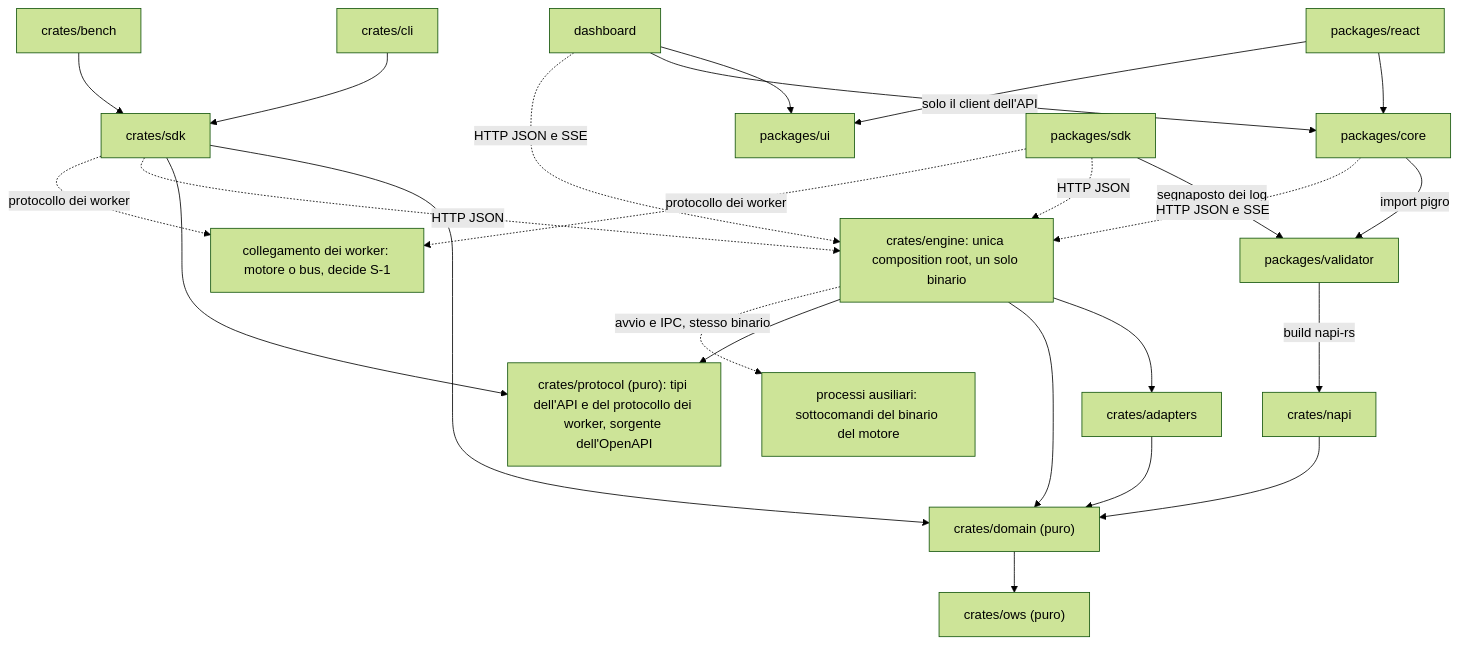
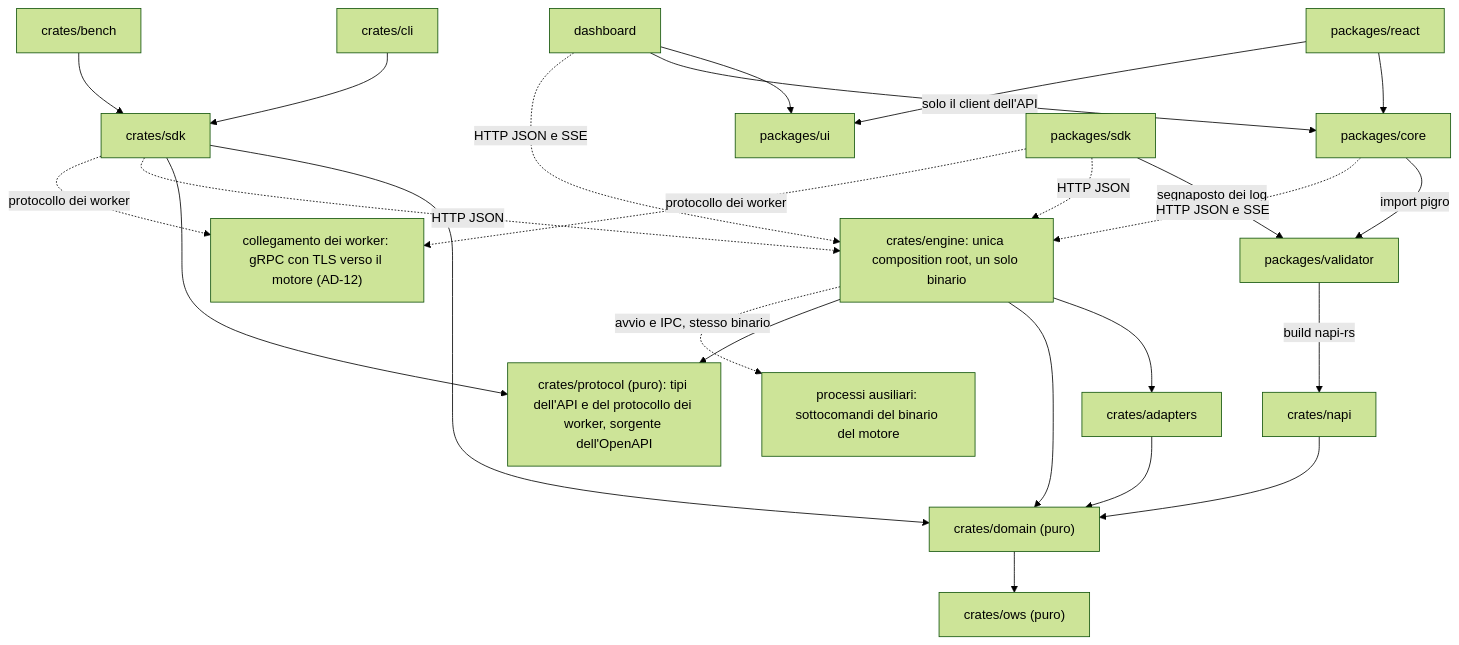
Before and after one commit to topictoast/topictoast: the first of 3 diagrams in docs/architecture/architecture-topictoast-2026-11-20/ARCHITECTURE-SPINE.md, drawn with Mermaid (forest theme). The commit also changed other lines of this file and 5 other files, not shown here.

Commit message:
docs(architecture): update the spine after spike S-1 (bus ADR), AD ids stable

````diff
--- a/docs/architecture/architecture-topictoast-2026-11-20/ARCHITECTURE-SPINE.md
+++ b/docs/architecture/architecture-topictoast-2026-11-20/ARCHITECTURE-SPINE.md
@@ -312,46 +370,46 @@
 ```mermaid
 flowchart TB
   ows["crates/ows (puro)"]
   domain["crates/domain (puro)"]
   protocol["crates/protocol (puro): tipi dell'API e del protocollo dei worker, sorgente dell'OpenAPI"]
   adapters["crates/adapters"]
   engine["crates/engine: unica composition root, un solo binario"]
   helpers["processi ausiliari: sottocomandi del binario del motore"]
   sdk["crates/sdk"]
   cli["crates/cli"]
   napi["crates/napi"]
   bench["crates/bench"]
   pvalidator["packages/validator"]
   pcore["packages/core"]
   pui["packages/ui"]
   preact["packages/react"]
   psdk["packages/sdk"]
   dash["dashboard"]
-  wlink["collegamento dei worker: motore o bus, decide S-1"]
+  wlink["collegamento dei worker: gRPC con TLS verso il motore (AD-12)"]
 
   domain --> ows
   adapters --> domain
   engine --> adapters
   engine --> domain
   engine --> protocol
   sdk --> domain
   sdk --> protocol
   cli --> sdk
   napi --> domain
   bench --> sdk
   pvalidator -->|"build napi-rs"| napi
   pcore -->|"import pigro"| pvalidator
   psdk -->|"segnaposto dei log"| pvalidator
   preact --> pcore
   preact --> pui
   dash --> pui
   dash -->|"solo il client dell'API"| pcore
 
   pcore -.->|"HTTP JSON e SSE"| engine
   dash -.->|"HTTP JSON e SSE"| engine
   sdk -.->|"HTTP JSON"| engine
   psdk -.->|"HTTP JSON"| engine
   sdk -.->|"protocollo dei worker"| wlink
   psdk -.->|"protocollo dei worker"| wlink
   engine -.->|"avvio e IPC, stesso binario"| helpers
 ```
````
